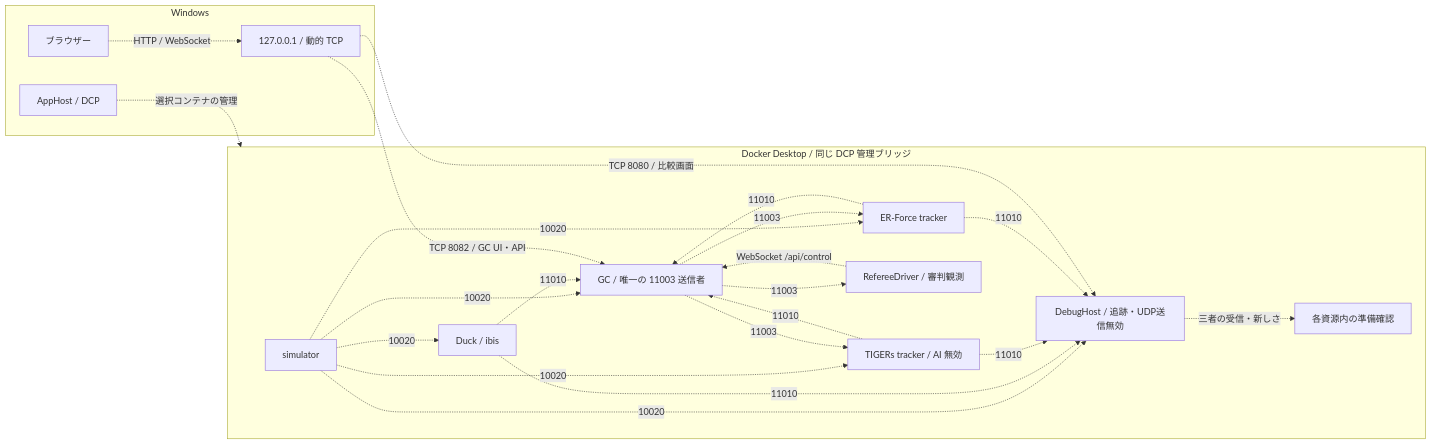
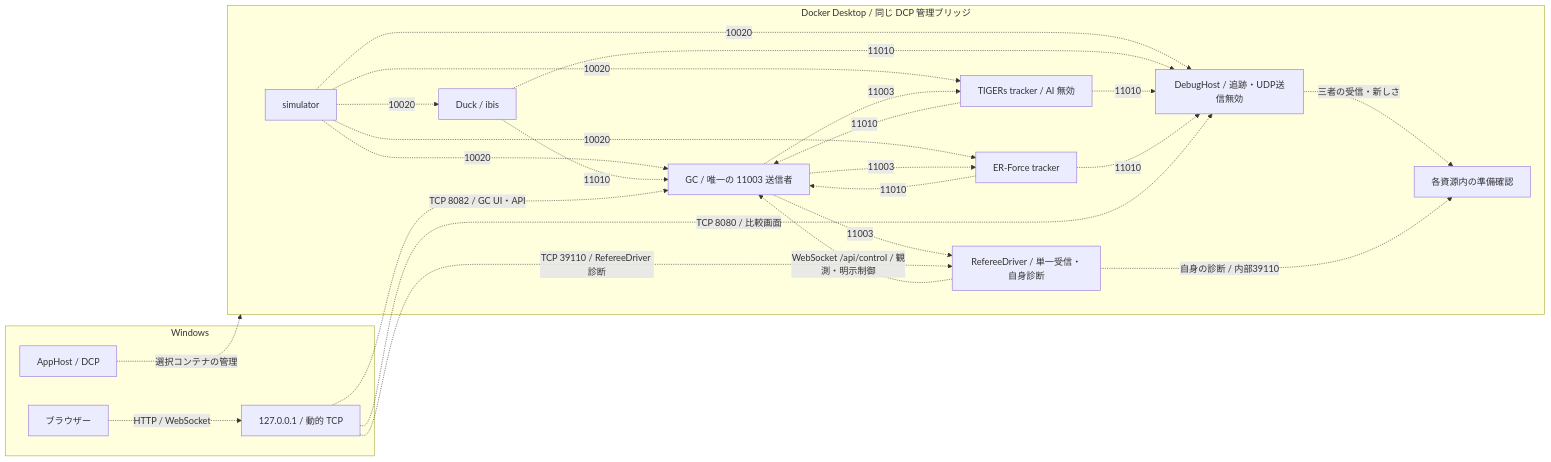
The diagram in Tracker/Design/Testing/tracker-comparison-debug-design.md (ibis-ssl/Duck), drawn with Mermaid before and after one commit. The commit also changed other lines of this file and 295 other files, not shown here.

Commit message:
docs: synchronize referee host contracts and prepare I81-03C review

````diff
--- a/Tracker/Design/Testing/tracker-comparison-debug-design.md
+++ b/Tracker/Design/Testing/tracker-comparison-debug-design.md
@@ -44,38 +44,40 @@
 ```mermaid
 flowchart LR
  subgraph win[Windows]
   browser[ブラウザー]
   host[127.0.0.1 / 動的 TCP]
   app[AppHost / DCP]
  end
  subgraph bridge[Docker Desktop / 同じ DCP 管理ブリッジ]
   sim[simulator]
   gc[GC / 唯一の 11003 送信者]
   duck[Duck / ibis]
   tigers[TIGERs tracker / AI 無効]
   erforce[ER-Force tracker]
   debug[DebugHost / 追跡・UDP送信無効]
-  ref[RefereeDriver / 審判観測]
+  ref[RefereeDriver / 単一受信・自身診断]
   checks[各資源内の準備確認]
   sim -. 10020 .-> duck
   sim -. 10020 .-> tigers
   sim -. 10020 .-> erforce
   sim -. 10020 .-> debug
   sim -. 10020 .-> gc
   gc -. 11003 .-> tigers
   gc -. 11003 .-> erforce
   gc -. 11003 .-> ref
   duck -. 11010 .-> debug
   tigers -. 11010 .-> debug
   erforce -. 11010 .-> debug
   duck -. 11010 .-> gc
   tigers -. 11010 .-> gc
   erforce -. 11010 .-> gc
   debug -. 三者の受信・新しさ .-> checks
-  ref -. WebSocket /api/control .-> gc
+  ref -. WebSocket /api/control / 観測・明示制御 .-> gc
+  ref -. 自身の診断 / 内部39110 .-> checks
  end
  app -. 選択コンテナの管理 .-> bridge
  browser -. HTTP / WebSocket .-> host
  host -. TCP 8082 / GC UI・API .-> gc
  host -. TCP 8080 / 比較画面 .-> debug
+ host -. TCP 39110 / RefereeDriver 診断 .-> ref
 ```
````
